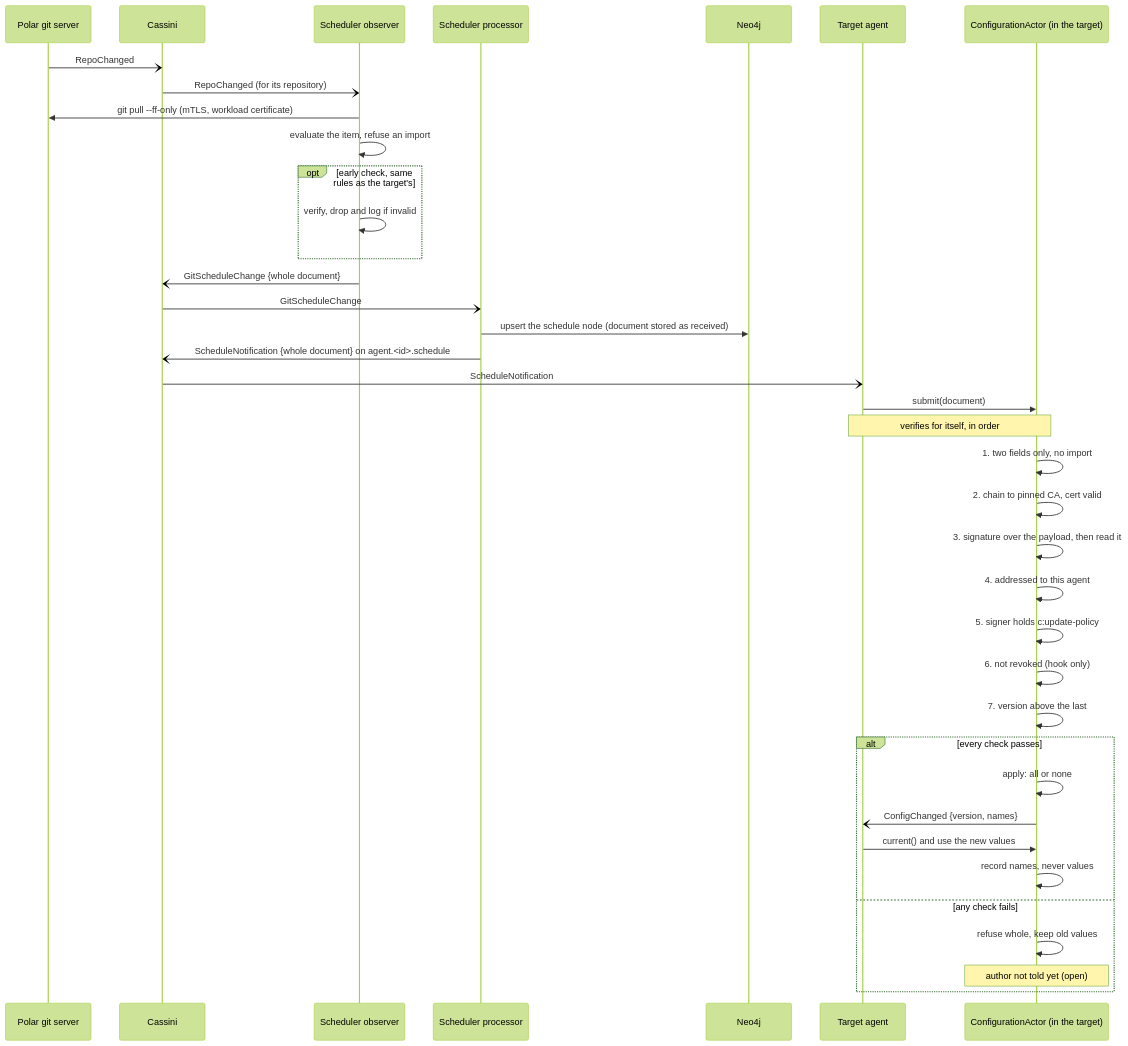
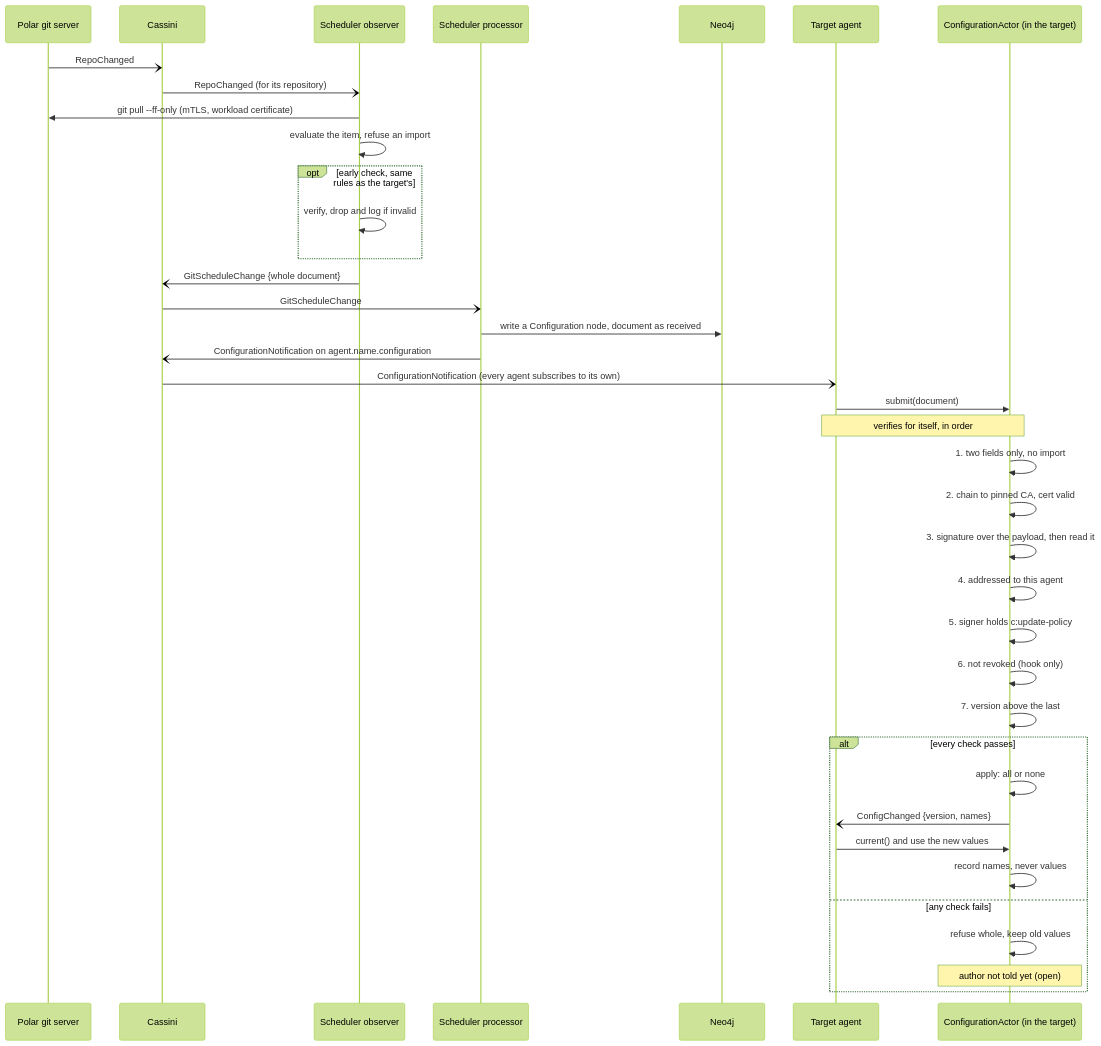
The diagram in docs/architecture/sequences/general/signed_configuration_delivery.mmd (cmu-sei/Polar), drawn with Mermaid (forest theme) before and after one commit. The commit also changed 16 other files, not shown here.

```diff
--- a/docs/architecture/sequences/general/signed_configuration_delivery.mmd
+++ b/docs/architecture/sequences/general/signed_configuration_delivery.mmd
@@ -1,40 +1,40 @@
 sequenceDiagram
     participant Server as Polar git server
     participant Cassini
     participant Observer as Scheduler observer
     participant Processor as Scheduler processor
     participant Graph as Neo4j
     participant Target as Target agent
     participant CA as ConfigurationActor (in the target)
 
     Server-)Cassini: RepoChanged
     Cassini-)Observer: RepoChanged (for its repository)
     Observer->>Server: git pull --ff-only (mTLS, workload certificate)
     Observer->>Observer: evaluate the item, refuse an import
     opt early check, same rules as the target's
         Observer->>Observer: verify, drop and log if invalid
     end
     Observer-)Cassini: GitScheduleChange {whole document}
     Cassini-)Processor: GitScheduleChange
-    Processor->>Graph: upsert the schedule node (document stored as received)
-    Processor-)Cassini: ScheduleNotification {whole document} on agent.<id>.schedule
-    Cassini-)Target: ScheduleNotification
+    Processor->>Graph: write a Configuration node, document as received
+    Processor-)Cassini: ConfigurationNotification on agent.name.configuration
+    Cassini-)Target: ConfigurationNotification (every agent subscribes to its own)
     Target->>CA: submit(document)
 
     Note over Target,CA: verifies for itself, in order
     CA->>CA: 1. two fields only, no import
     CA->>CA: 2. chain to pinned CA, cert valid
     CA->>CA: 3. signature over the payload, then read it
     CA->>CA: 4. addressed to this agent
     CA->>CA: 5. signer holds c:update-policy
     CA->>CA: 6. not revoked (hook only)
     CA->>CA: 7. version above the last
     alt every check passes
         CA->>CA: apply: all or none
         CA-)Target: ConfigChanged {version, names}
         Target->>CA: current() and use the new values
         CA->>CA: record names, never values
     else any check fails
         CA->>CA: refuse whole, keep old values
         Note over CA: author not told yet (open)
     end
```
